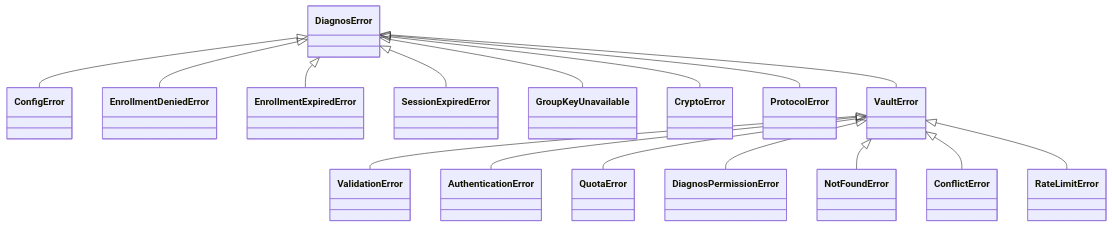
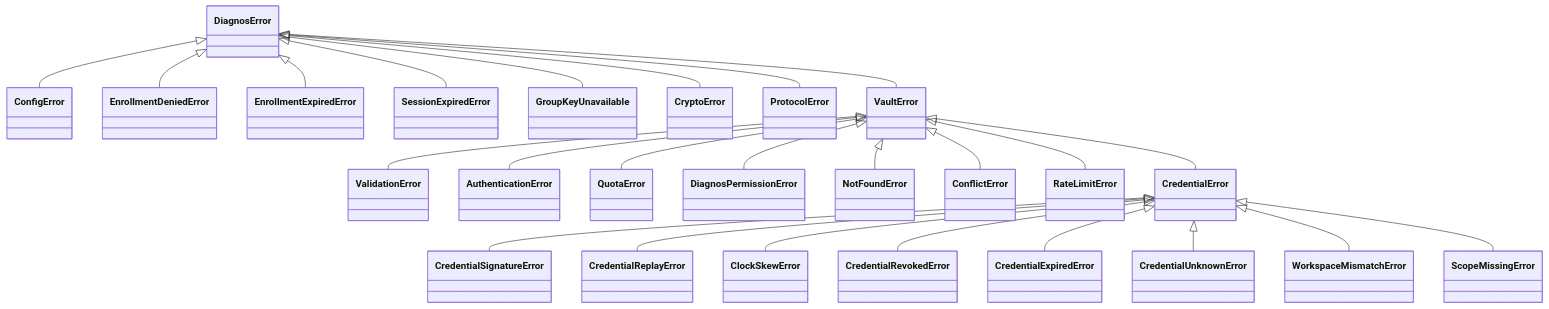
One commit to diagnos-tech/integration changed the diagram in docs/guides/errors.md. Above: the diagram before and after it, drawn with Mermaid. The commit also changed other lines of this file and 15 other files, not shown here.

````diff
--- a/docs/guides/errors.md
+++ b/docs/guides/errors.md
@@ -12,18 +12,27 @@
 ```mermaid
 classDiagram
     DiagnosError <|-- ConfigError
     DiagnosError <|-- EnrollmentDeniedError
     DiagnosError <|-- EnrollmentExpiredError
     DiagnosError <|-- SessionExpiredError
     DiagnosError <|-- GroupKeyUnavailable
     DiagnosError <|-- CryptoError
     DiagnosError <|-- ProtocolError
     DiagnosError <|-- VaultError
     VaultError <|-- ValidationError
     VaultError <|-- AuthenticationError
     VaultError <|-- QuotaError
     VaultError <|-- DiagnosPermissionError
     VaultError <|-- NotFoundError
     VaultError <|-- ConflictError
     VaultError <|-- RateLimitError
+    VaultError <|-- CredentialError
+    CredentialError <|-- CredentialSignatureError
+    CredentialError <|-- CredentialReplayError
+    CredentialError <|-- ClockSkewError
+    CredentialError <|-- CredentialRevokedError
+    CredentialError <|-- CredentialExpiredError
+    CredentialError <|-- CredentialUnknownError
+    CredentialError <|-- WorkspaceMismatchError
+    CredentialError <|-- ScopeMissingError
 ```
````
